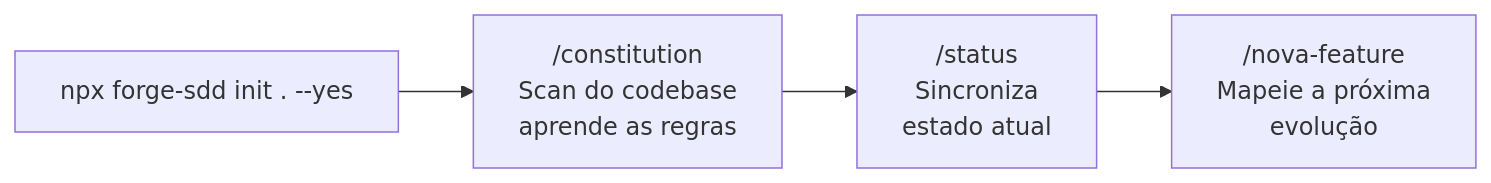
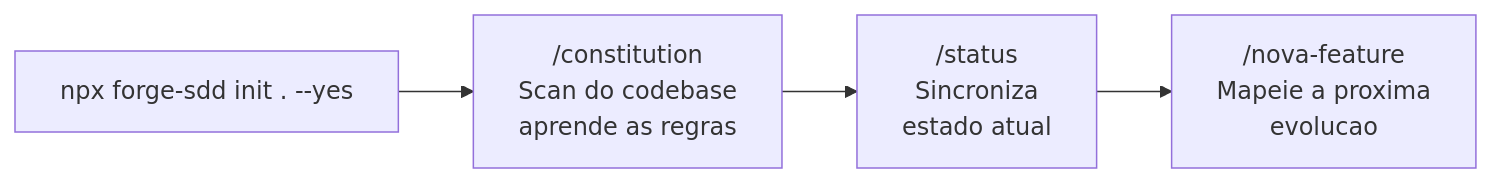
One commit to nathanramorim/forge-sdd changed the fourth of 4 diagrams in npm/README.md. Above: the diagram before and after it, drawn with Mermaid. The commit also changed other lines of this file, not shown here.

Commit message:
fix(npm-readme): corrige diagramas Mermaid (br ao inves de \n, remove emojis)

````diff
--- a/npm/README.md
+++ b/npm/README.md
@@ -172,6 +170,6 @@
 ```mermaid
 flowchart LR
-    A["npx forge-sdd init . --yes"] --> B["/constitution\nScan do codebase\naprende as regras"]
-    B --> C["/status\nSincroniza\nestado atual"]
-    C --> D["/nova-feature\nMapeie a próxima\nevolução"]
+    A["npx forge-sdd init . --yes"] --> B["/constitution<br/>Scan do codebase<br/>aprende as regras"]
+    B --> C["/status<br/>Sincroniza<br/>estado atual"]
+    C --> D["/nova-feature<br/>Mapeie a proxima<br/>evolucao"]
 ```
````
